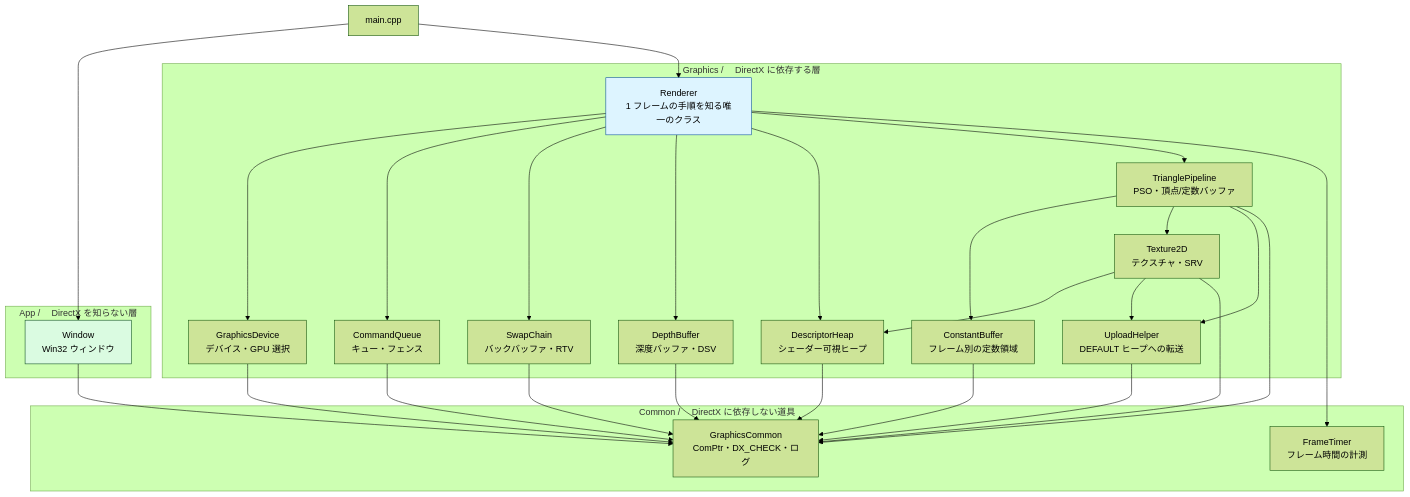
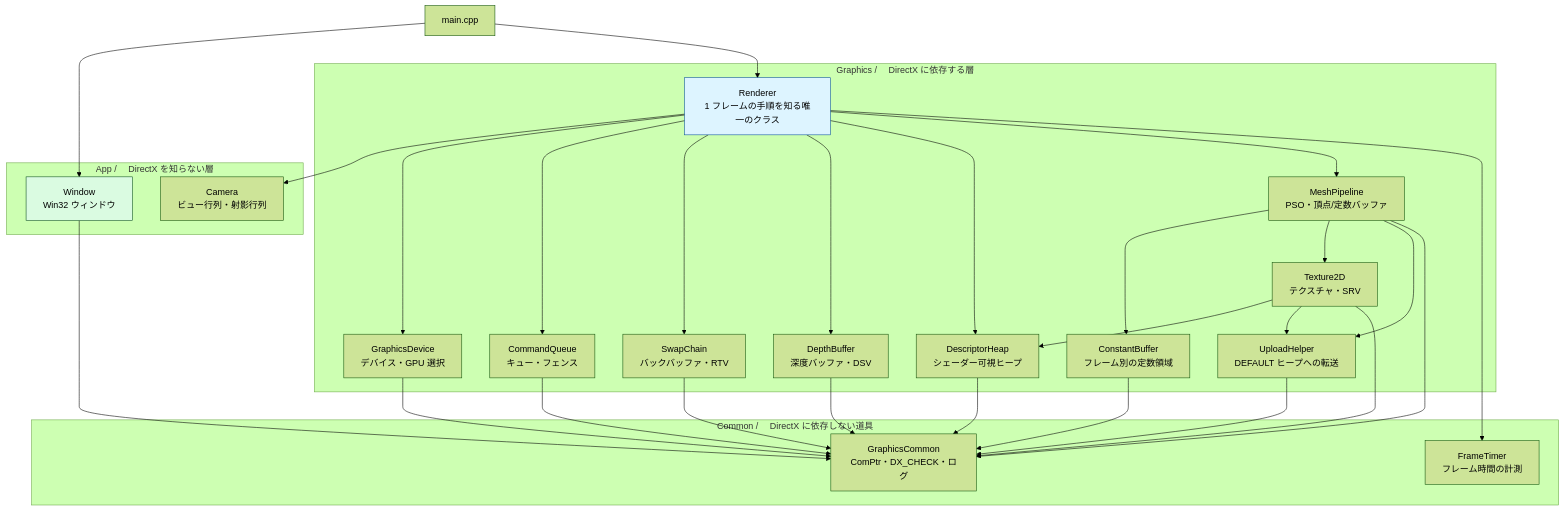
One commit to Tomonorarari-Think/DirectX12Dev changed the diagram in docs/design/クラス設計.md. Above: the diagram before and after it, drawn with Mermaid (forest theme). The commit also changed other lines of this file and 23 other files, not shown here.

````diff
--- a/docs/design/クラス設計.md
+++ b/docs/design/クラス設計.md
@@ -36,56 +37,58 @@
 ```mermaid
 flowchart TD
     Main["main.cpp"]
 
     subgraph APP["App / 　DirectX を知らない層"]
         Window["Window<br/>Win32 ウィンドウ"]
+        Cam["Camera<br/>ビュー行列・射影行列"]
     end
 
     subgraph GFX["Graphics / 　DirectX に依存する層"]
         Renderer["Renderer<br/>1 フレームの手順を知る唯一のクラス"]
         Device["GraphicsDevice<br/>デバイス・GPU 選択"]
         Queue["CommandQueue<br/>キュー・フェンス"]
         Swap["SwapChain<br/>バックバッファ・RTV"]
         Depth["DepthBuffer<br/>深度バッファ・DSV"]
         Heap["DescriptorHeap<br/>シェーダー可視ヒープ"]
         Tex["Texture2D<br/>テクスチャ・SRV"]
         Up["UploadHelper<br/>DEFAULT ヒープへの転送"]
-        Pipe["TrianglePipeline<br/>PSO・頂点/定数バッファ"]
+        Pipe["MeshPipeline<br/>PSO・頂点/定数バッファ"]
         CB["ConstantBuffer<br/>フレーム別の定数領域"]
     end
 
     subgraph COM["Common / 　DirectX に依存しない道具"]
         GC["GraphicsCommon<br/>ComPtr・DX_CHECK・ログ"]
         FT["FrameTimer<br/>フレーム時間の計測"]
     end
 
     Main --> Window
     Main --> Renderer
+    Renderer --> Cam
 
     Renderer --> Device
     Renderer --> Queue
     Renderer --> Swap
     Renderer --> Depth
     Renderer --> Heap
     Renderer --> Pipe
     Renderer --> FT
     Pipe --> CB
     Pipe --> Tex
     Pipe --> Up
     Tex --> Heap
     Tex --> Up
 
     Device --> GC
     Queue --> GC
     Swap --> GC
     Depth --> GC
     Pipe --> GC
     CB --> GC
     Heap --> GC
     Tex --> GC
     Up --> GC
     Window --> GC
 
     style Renderer fill:#ddf4ff,stroke:#0a4f9e
     style Window fill:#dafbe1,stroke:#0d4f21
 ```
````
